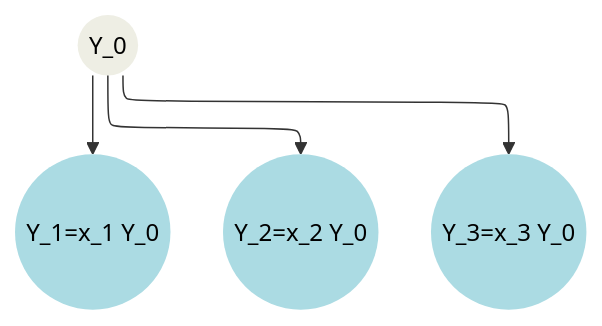
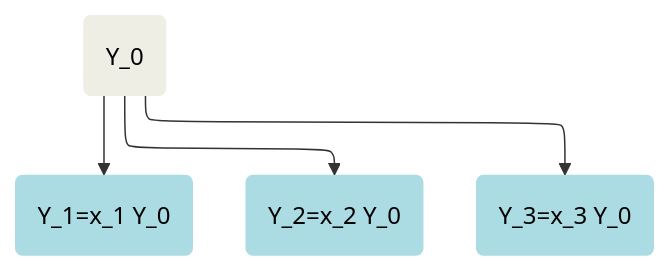
Before and after one commit to jakobsarthur/maxent_disaggregation: the diagram in README.md, drawn with Mermaid.

````diff
--- a/README.md
+++ b/README.md
@@ -45,19 +45,19 @@
 ```mermaid
 flowchart-elk TD
     %% Define node classes
     classDef Aggregate fill:#eeeee4,color:black,stroke:none;
     classDef DisAgg1 fill:#abdbe3,color:black,stroke:none;
     classDef DisAgg2 fill:#e28743,color:black,stroke:none;
     classDef DisAgg3 fill:#abdbe3,color:black,stroke:none;
 
-    agg(("      Y_0      ")):::Aggregate
-    disagg1(("Y_1=x_1 Y_0")):::DisAgg1
-    disagg2(("Y_2=x_2 Y_0")):::DisAgg1
-    disagg3(("Y_3=x_3 Y_0")):::DisAgg1
+    agg("Y_0"):::Aggregate
+    disagg1("Y_1=x_1 Y_0"):::DisAgg1
+    disagg2("Y_2=x_2 Y_0"):::DisAgg1
+    disagg3("Y_3=x_3 Y_0"):::DisAgg1
    
 
     %% Define connections
     agg  --> disagg1
     agg  --> disagg2
     agg  --> disagg3
 ```
````
